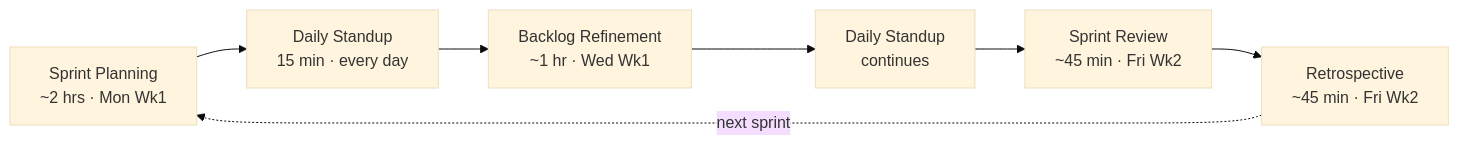
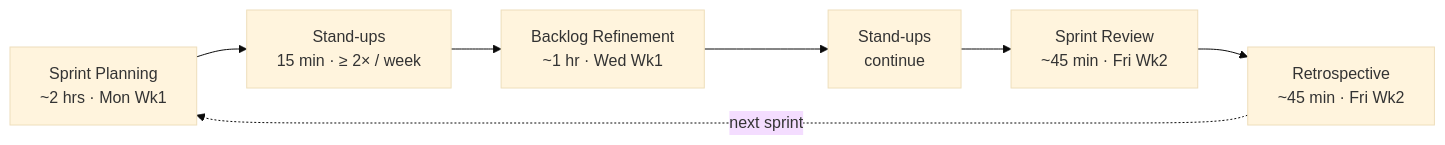
One commit to COS301-SE-2026/Gesture-Based-Drone-Control changed the first of 3 diagrams in docs/PLAN.md. Above: the diagram before and after it, drawn with Mermaid (base theme). The commit also changed other lines of this file and 8 other files, not shown here.

````diff
--- a/docs/PLAN.md
+++ b/docs/PLAN.md
@@ -92,9 +91,9 @@
 ```mermaid
 flowchart LR
-    P[Sprint Planning<br/>~2&nbsp;hrs · Mon&nbsp;Wk1] --> S1[Daily Standup<br/>15&nbsp;min · every&nbsp;day]
+    P[Sprint Planning<br/>~2&nbsp;hrs · Mon&nbsp;Wk1] --> S1[Stand-ups<br/>15&nbsp;min · ≥&nbsp;2× / week]
     S1 --> BR[Backlog Refinement<br/>~1&nbsp;hr · Wed&nbsp;Wk1]
-    BR --> S2[Daily Standup<br/>continues]
+    BR --> S2[Stand-ups<br/>continue]
     S2 --> SR[Sprint Review<br/>~45&nbsp;min · Fri&nbsp;Wk2]
     SR --> RETRO[Retrospective<br/>~45&nbsp;min · Fri&nbsp;Wk2]
     RETRO -.->|next sprint| P
 ```
````
